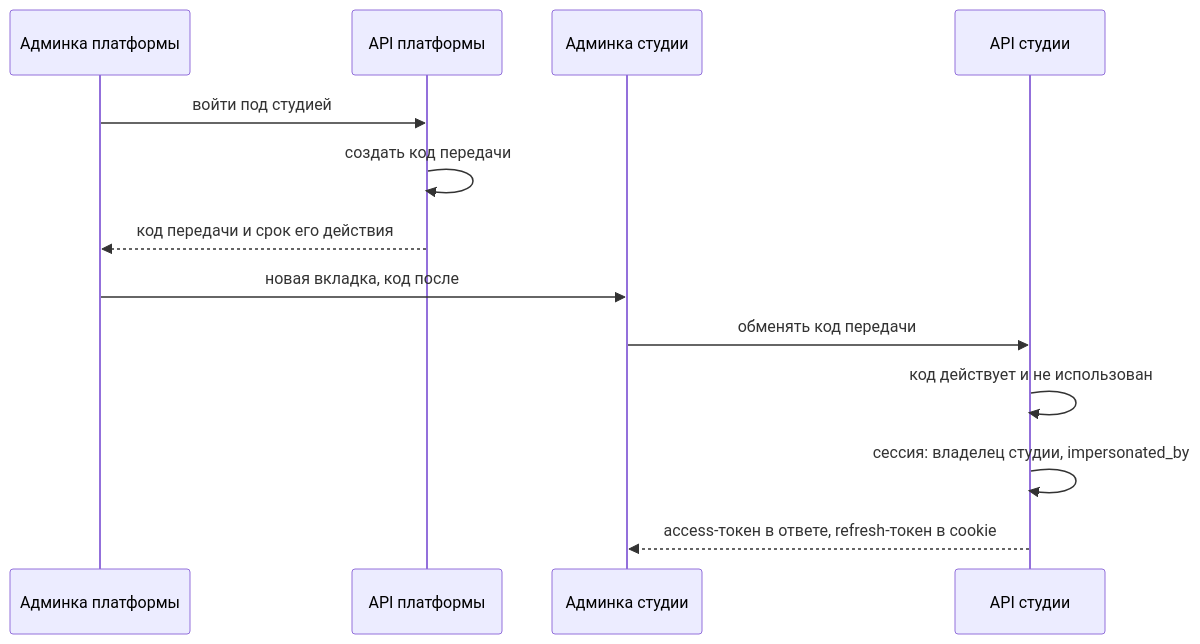
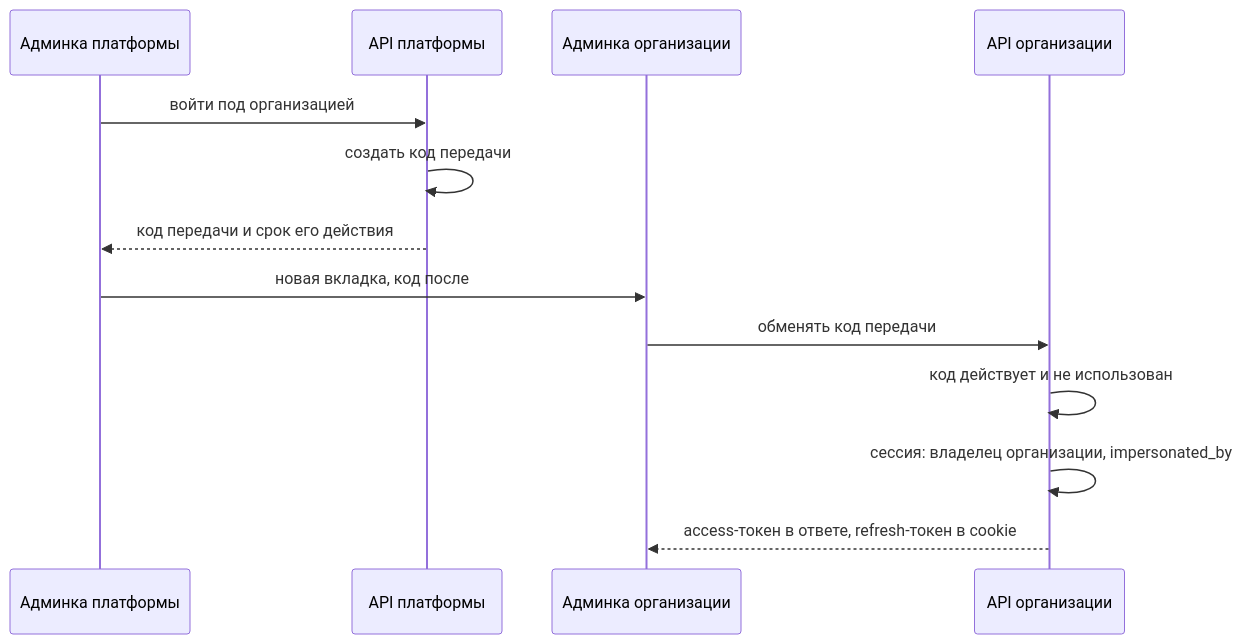
One commit to IgorChugurov/studio-desk-docs changed the third of 3 diagrams in 03-architecture/authentication.md. Above: the diagram before and after it, drawn with Mermaid. The commit also changed other lines of this file and 40 other files, not shown here.

````diff
--- a/03-architecture/authentication.md
+++ b/03-architecture/authentication.md
@@ -98,15 +99,15 @@
 ```mermaid
 sequenceDiagram
   participant P as Админка платформы
   participant PA as API платформы
-  participant S as Админка студии
-  participant SA as API студии
-  P->>PA: войти под студией
+  participant O as Админка организации
+  participant OA as API организации
+  P->>PA: войти под организацией
   PA->>PA: создать код передачи
   PA-->>P: код передачи и срок его действия
-  P->>S: новая вкладка, код после #
-  S->>SA: обменять код передачи
-  SA->>SA: код действует и не использован
-  SA->>SA: сессия: владелец студии, impersonated_by
-  SA-->>S: access-токен в ответе, refresh-токен в cookie
+  P->>O: новая вкладка, код после #
+  O->>OA: обменять код передачи
+  OA->>OA: код действует и не использован
+  OA->>OA: сессия: владелец организации, impersonated_by
+  OA-->>O: access-токен в ответе, refresh-токен в cookie
 ```
````
